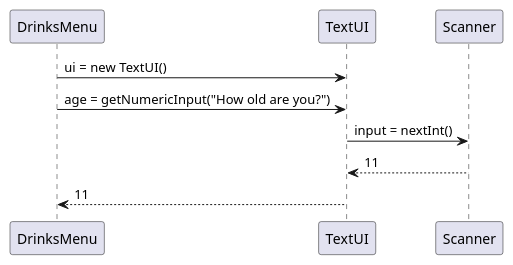
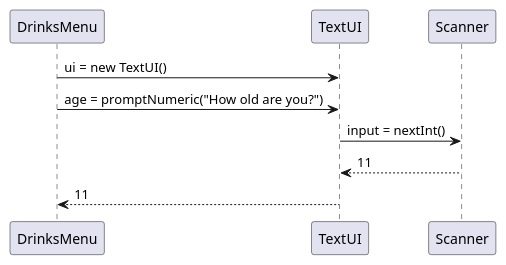
Before and after one commit to Eligoon/DrinksMenu: the diagram in doc/GetAge.puml, drawn with PlantUML. The commit also changed 3 other files, not shown here.

```diff
--- a/doc/GetAge.puml
+++ b/doc/GetAge.puml
@@ -1,13 +1,13 @@
 @startuml
 'https://plantuml.com/sequence-diagram
 
 
 
 DrinksMenu -> TextUI: ui = new TextUI()
-DrinksMenu -> TextUI: age = getNumericInput("How old are you?")
+DrinksMenu -> TextUI: age = promptNumeric("How old are you?")
 TextUI -> Scanner: input = nextInt()
 Scanner --> TextUI: 11
 TextUI --> DrinksMenu: 11
 
 
 @enduml
```
